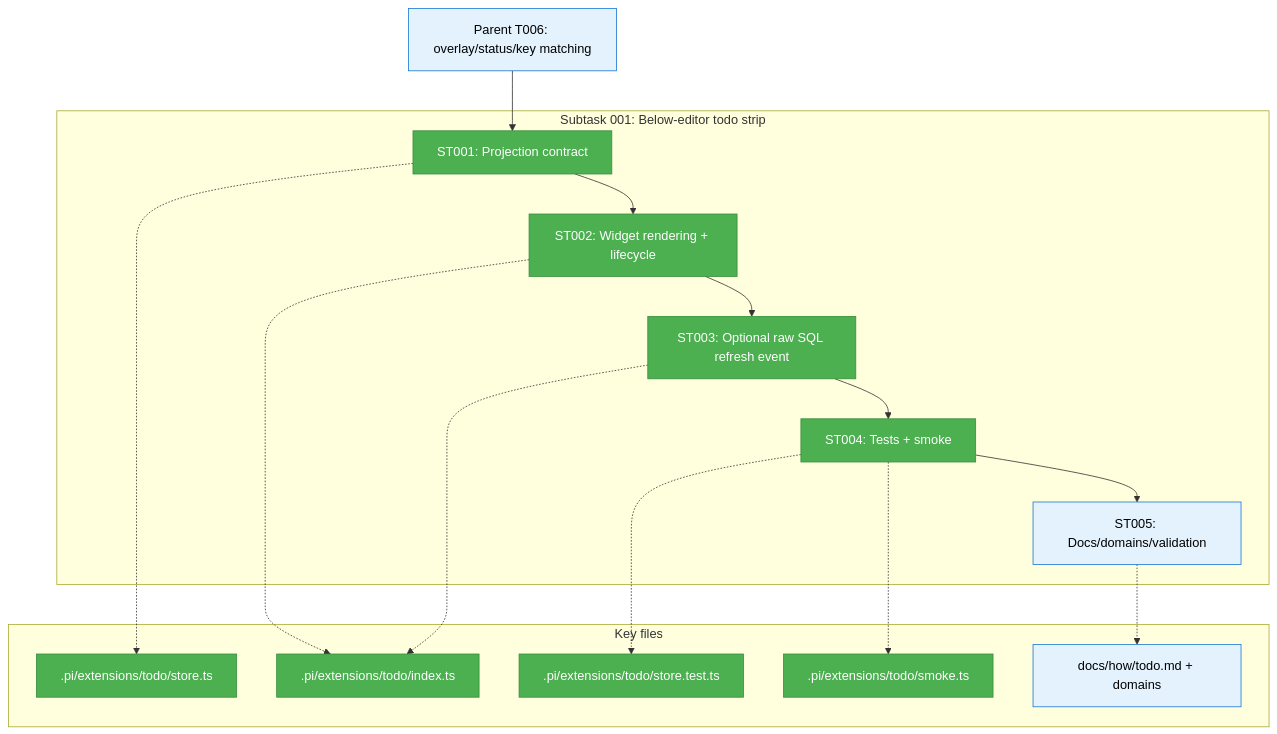
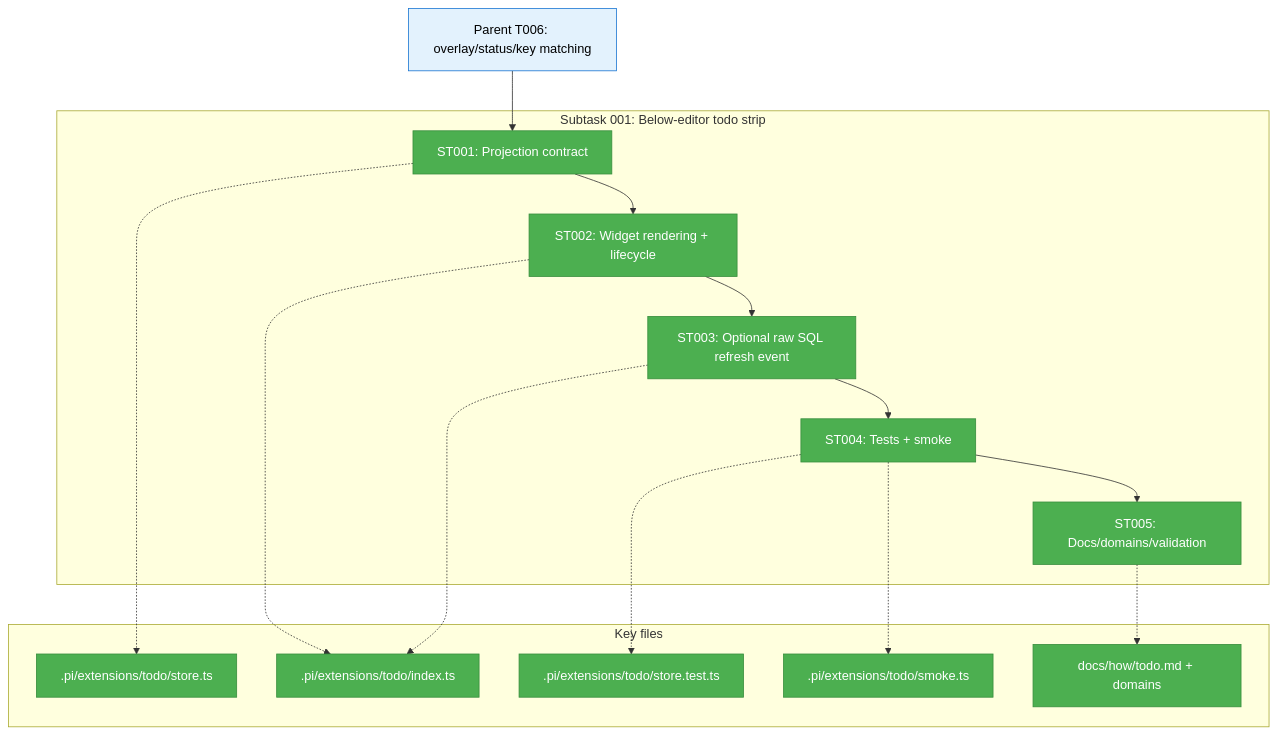
One commit to vaughanknight/pij changed the first of 3 diagrams in docs/plans/010-sql-backed-todo-extension/tasks/phase-1-store-full-ux-validation-docs-domains/001-subtask-claude-code-style-below-editor-todo-strip.md. Above: the diagram before and after it, drawn with Mermaid. The commit also changed other lines of this file and 5 other files, not shown here.

````diff
--- a/docs/plans/010-sql-backed-todo-extension/tasks/phase-1-store-full-ux-validation-docs-domains/001-subtask-claude-code-style-below-editor-todo-strip.md
+++ b/docs/plans/010-sql-backed-todo-extension/tasks/phase-1-store-full-ux-validation-docs-domains/001-subtask-claude-code-style-below-editor-todo-strip.md
@@ -90,37 +90,37 @@
 ```mermaid
 flowchart TD
     classDef pending fill:#9E9E9E,stroke:#757575,color:#fff
     classDef completed fill:#4CAF50,stroke:#388E3C,color:#fff
     classDef parent fill:#E3F2FD,stroke:#1976D2,color:#000
 
     Parent["Parent T006: overlay/status/key matching"]:::parent
 
     subgraph Subtask["Subtask 001: Below-editor todo strip"]
         ST001["ST001: Projection contract"]:::completed
         ST002["ST002: Widget rendering + lifecycle"]:::completed
         ST003["ST003: Optional raw SQL refresh event"]:::completed
         ST004["ST004: Tests + smoke"]:::completed
-        ST005["ST005: Docs/domains/validation"]:::parent
+        ST005["ST005: Docs/domains/validation"]:::completed
         ST001 --> ST002
         ST002 --> ST003
         ST003 --> ST004
         ST004 --> ST005
     end
 
     Parent --> ST001
 
     subgraph Files["Key files"]
         Store[".pi/extensions/todo/store.ts"]:::completed
         Index[".pi/extensions/todo/index.ts"]:::completed
         Tests[".pi/extensions/todo/store.test.ts"]:::completed
         Smoke[".pi/extensions/todo/smoke.ts"]:::completed
-        Docs["docs/how/todo.md + domains"]:::parent
+        Docs["docs/how/todo.md + domains"]:::completed
     end
 
     ST001 -.-> Store
     ST002 -.-> Index
     ST003 -.-> Index
     ST004 -.-> Tests
     ST004 -.-> Smoke
     ST005 -.-> Docs
 ```
````
